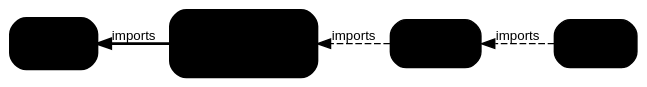
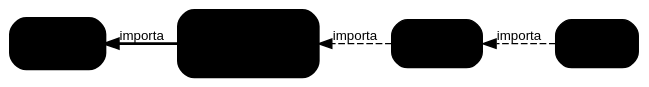
One commit to vitejs/docs-es changed the diagram in docs/guide/api-hmr.md. Above: the diagram before and after it, drawn with Graphviz. The commit also changed 1 other file, not shown here.

Commit message:
fix(i18n): translate graph labels to Spanish

````diff
--- a/docs/guide/api-hmr.md
+++ b/docs/guide/api-hmr.md
@@ -96,18 +96,18 @@
 ```dot
 digraph hmr_boundary {
   rankdir=RL
   ranksep=0.3
   node [shape=box style="rounded,filled" fontname="Arial" fontsize=11 margin="0.2,0.1" fontcolor="${#3c3c43|#ffffff}" color="${#c2c2c4|#3c3f44}"]
   edge [color="${#67676c|#98989f}" fontname="Arial" fontsize=10 fontcolor="${#67676c|#98989f}"]
   bgcolor="transparent"
 
   root [label="main.js" fillcolor="${#f6f6f7|#2e2e32}"]
   parent [label="App.vue" fillcolor="${#f6f6f7|#2e2e32}"]
-  boundary [label="Component.vue\n(HMR boundary)\nhot.accept()" fillcolor="${#def5ed|#15312d}" color="${#18794e|#3dd68c}" penwidth=2]
-  edited [label="utils.js\n(edited)" fillcolor="${#fcf4dc|#38301a}" color="${#915930|#f9b44e}" penwidth=2]
+  boundary [label="Component.vue\n(Límite HMR)\nhot.accept()" fillcolor="${#def5ed|#15312d}" color="${#18794e|#3dd68c}" penwidth=2]
+  edited [label="utils.js\n(editado)" fillcolor="${#fcf4dc|#38301a}" color="${#915930|#f9b44e}" penwidth=2]
 
-  boundary -> edited [label="imports" color="${#915930|#f9b44e}" style=bold]
-  parent -> boundary [label="imports" style=dashed]
-  root -> parent [label="imports" style=dashed]
+  boundary -> edited [label="importa" color="${#915930|#f9b44e}" style=bold]
+  parent -> boundary [label="importa" style=dashed]
+  root -> parent [label="importa" style=dashed]
 }
 ```
````
